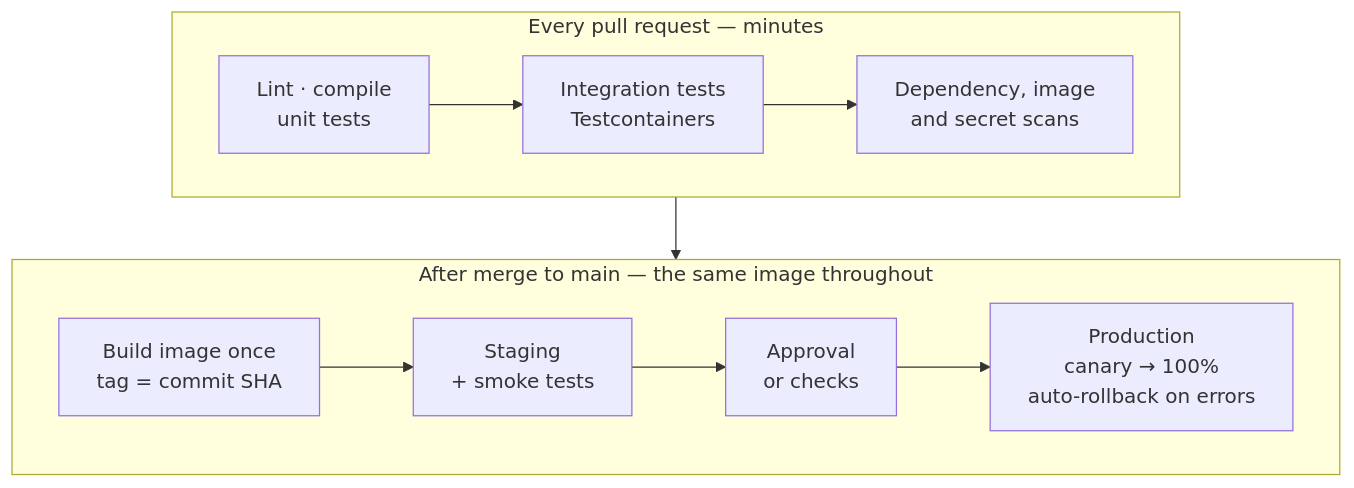
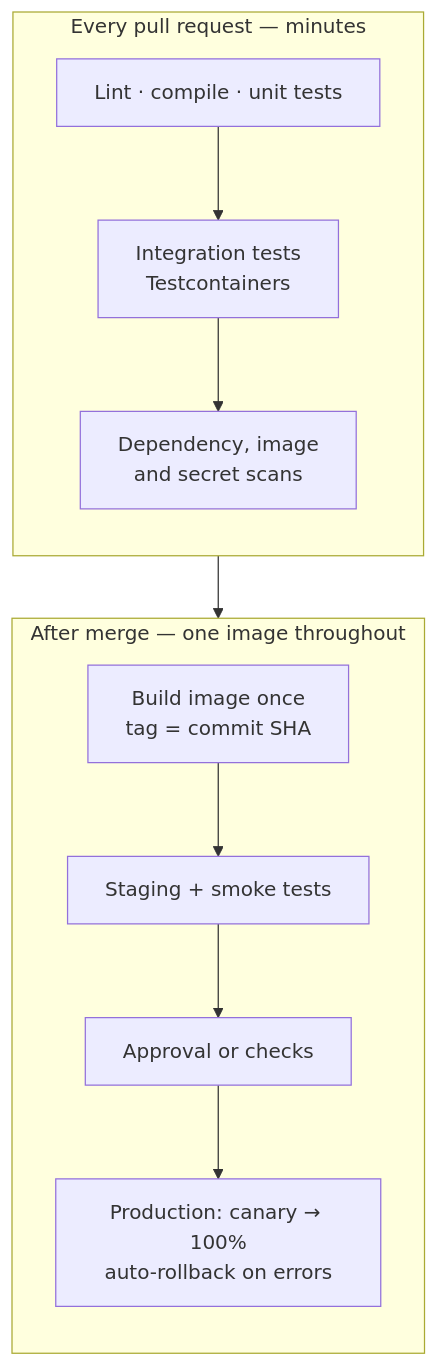
One commit to dhaval-76/engineering-field-guide changed the diagram in src/content/topics/devops/ci-cd-and-cloud/diagrams/pipeline.mmd. Above: the diagram before and after it, drawn with Mermaid. The commit also changed 21 other files, not shown here.

Commit message:
Every diagram now fits a phone: decision flows became DecisionGuides, thread states redrawn, remaining flowcharts narrowed

```diff
--- a/src/content/topics/devops/ci-cd-and-cloud/diagrams/pipeline.mmd
+++ b/src/content/topics/devops/ci-cd-and-cloud/diagrams/pipeline.mmd
@@ -1,10 +1,10 @@
 flowchart TD
   subgraph PR["Every pull request — minutes"]
-    direction LR
-    A[Lint · compile<br/>unit tests] --> B[Integration tests<br/>Testcontainers] --> C[Dependency, image<br/>and secret scans]
+    direction TB
+    A[Lint · compile · unit tests] --> B[Integration tests<br/>Testcontainers] --> C[Dependency, image<br/>and secret scans]
   end
-  subgraph MAIN["After merge to main — the same image throughout"]
-    direction LR
-    D[Build image once<br/>tag = commit SHA] --> E[Staging<br/>+ smoke tests] --> F[Approval<br/>or checks] --> G[Production<br/>canary → 100%<br/>auto-rollback on errors]
+  subgraph MAIN["After merge — one image throughout"]
+    direction TB
+    D[Build image once<br/>tag = commit SHA] --> E[Staging + smoke tests] --> F[Approval or checks] --> G[Production: canary → 100%<br/>auto-rollback on errors]
   end
   PR --> MAIN
```
